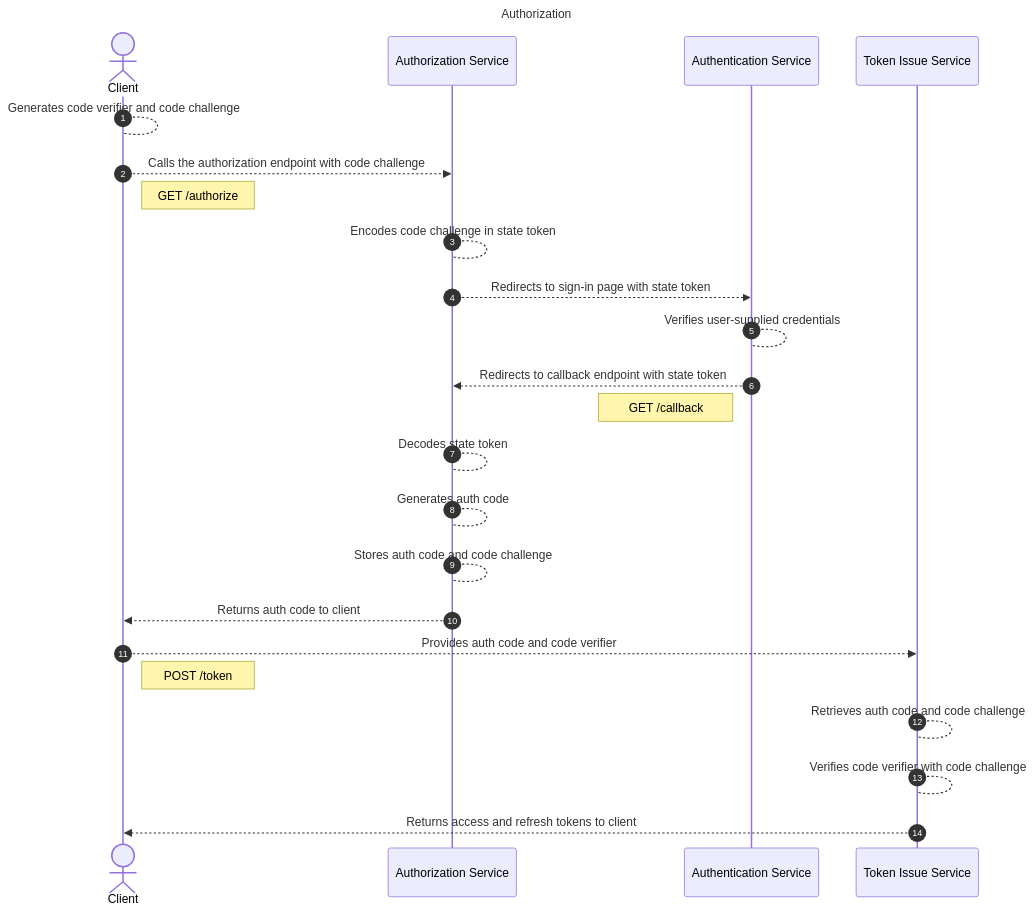
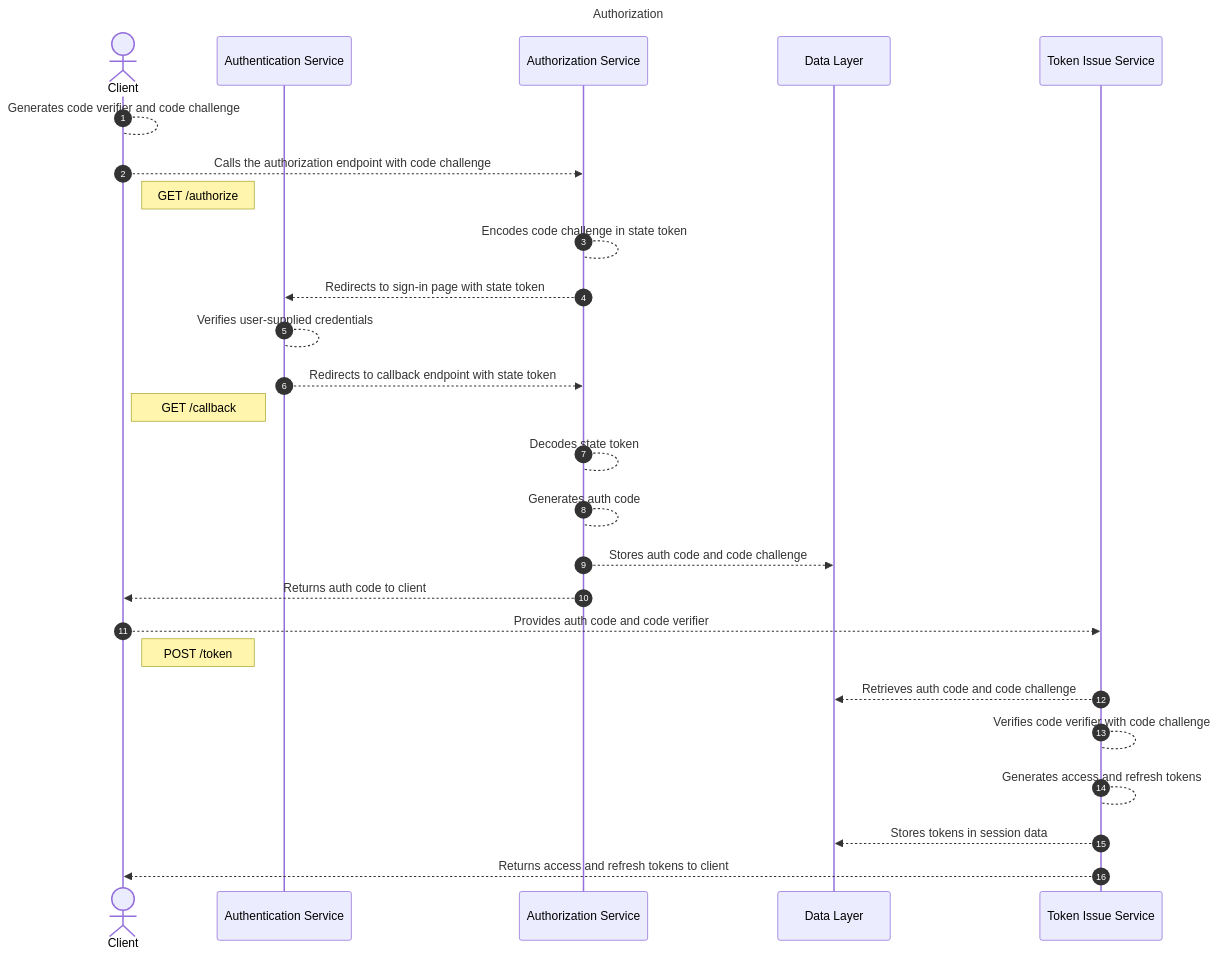
Before and after one commit to dickdavis/oauth-flow-demo: the first of 4 diagrams in README.md, drawn with Mermaid. The commit also changed other lines of this file, not shown here.

Commit message:
Add data layer to diagrams

````diff
--- a/README.md
+++ b/README.md
@@ -9,31 +9,33 @@
 ```mermaid
 ---
 title: Authorization
 ---
 sequenceDiagram
 autonumber
 
 actor Client
+participant Authentication Service
 participant Authorization Service
-participant Authentication Service
+participant Data Layer
 participant Token Issue Service
-
 
 Client-->Client: Generates code verifier and code challenge
 Client-->>Authorization Service: Calls the authorization endpoint with code challenge
 Note right of Client: GET /authorize
 Authorization Service-->Authorization Service: Encodes code challenge in state token
 Authorization Service-->>Authentication Service: Redirects to sign-in page with state token
 Authentication Service-->Authentication Service: Verifies user-supplied credentials
 Authentication Service-->>Authorization Service: Redirects to callback endpoint with state token
 Note left of Authentication Service: GET /callback
 Authorization Service-->Authorization Service: Decodes state token
 Authorization Service-->Authorization Service: Generates auth code
-Authorization Service-->Authorization Service: Stores auth code and code challenge
+Authorization Service-->>Data Layer: Stores auth code and code challenge
 Authorization Service-->>Client: Returns auth code to client
 Client-->>Token Issue Service: Provides auth code and code verifier
 Note right of Client: POST /token
-Token Issue Service-->Token Issue Service: Retrieves auth code and code challenge
+Token Issue Service-->>Data Layer: Retrieves auth code and code challenge
 Token Issue Service-->Token Issue Service: Verifies code verifier with code challenge
+Token Issue Service-->Token Issue Service: Generates access and refresh tokens
+Token Issue Service-->>Data Layer: Stores tokens in session data
 Token Issue Service-->>Client: Returns access and refresh tokens to client
 ```
````
